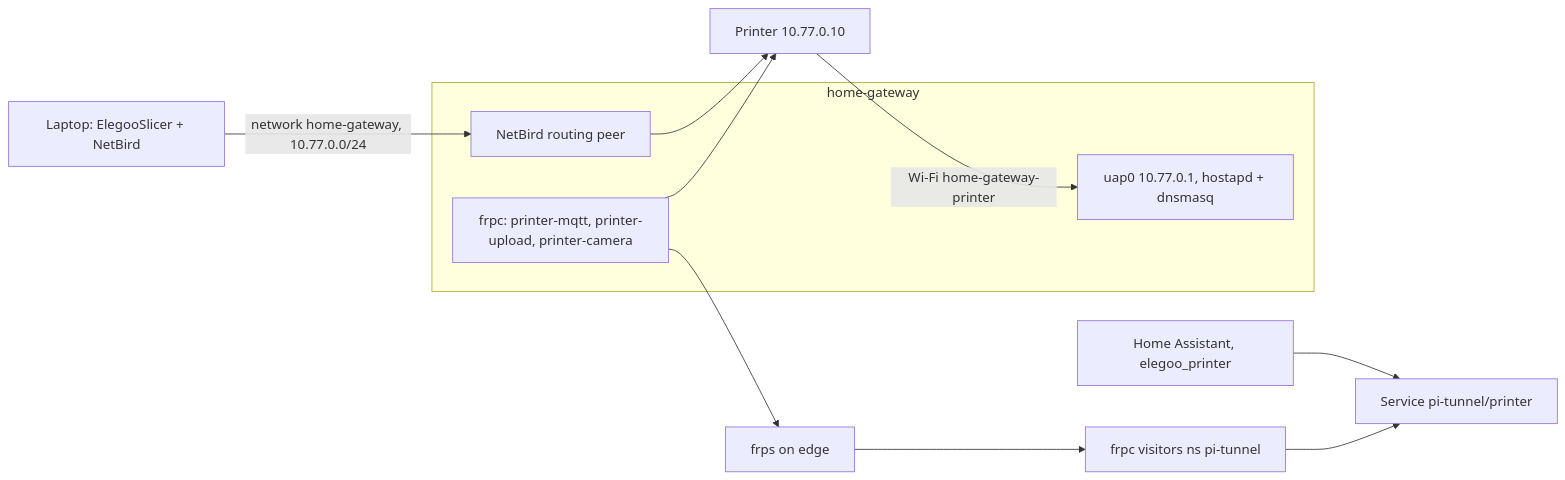
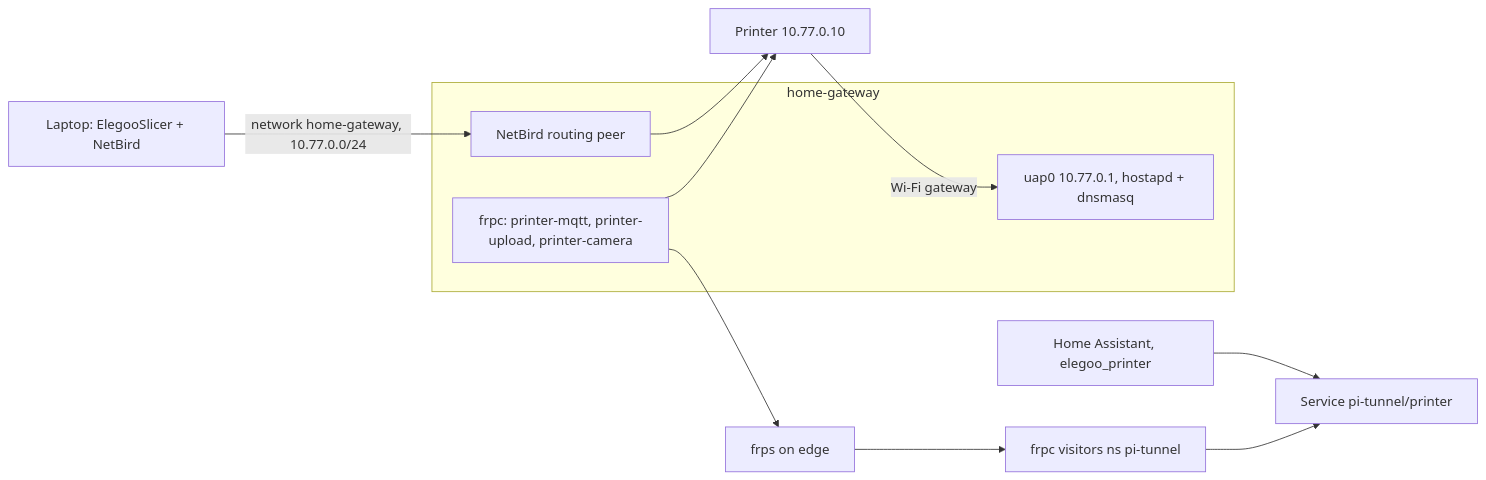
The diagram in docs/apps/printer.md (LuukBlankenstijn/infra), drawn with Mermaid before and after one commit. The commit also changed other lines of this file and 1 other file, not shown here.

Commit message:
home-gateway: printer Wi-Fi SSID gateway

````diff
--- a/docs/apps/printer.md
+++ b/docs/apps/printer.md
@@ -7,14 +7,14 @@
 ```mermaid
 flowchart LR
-  printer[Printer 10.77.0.10] -->|Wi-Fi home-gateway-printer| ap
+  printer[Printer 10.77.0.10] -->|Wi-Fi gateway| ap
   subgraph pi[home-gateway]
     ap[uap0 10.77.0.1, hostapd + dnsmasq]
     frpc[frpc: printer-mqtt, printer-upload, printer-camera]
     nb[NetBird routing peer]
   end
   frpc --> printer
   nb --> printer
   frpc --> frps[frps on edge] --> visitors[frpc visitors ns pi-tunnel] --> svc[Service pi-tunnel/printer]
   ha[Home Assistant, elegoo_printer] --> svc
   laptop[Laptop: ElegooSlicer + NetBird] -->|network home-gateway, 10.77.0.0/24| nb
 ```
````
